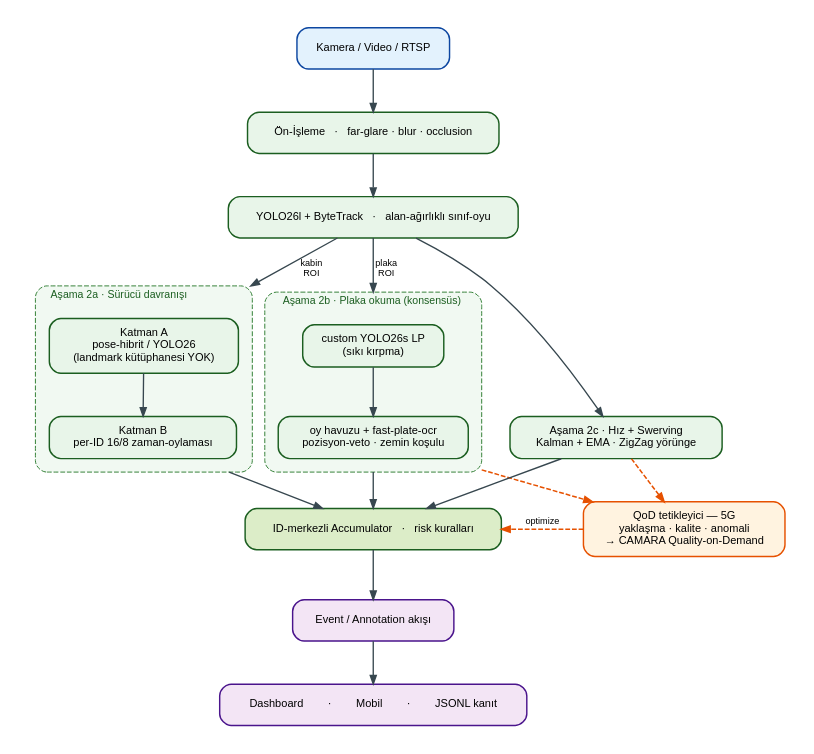
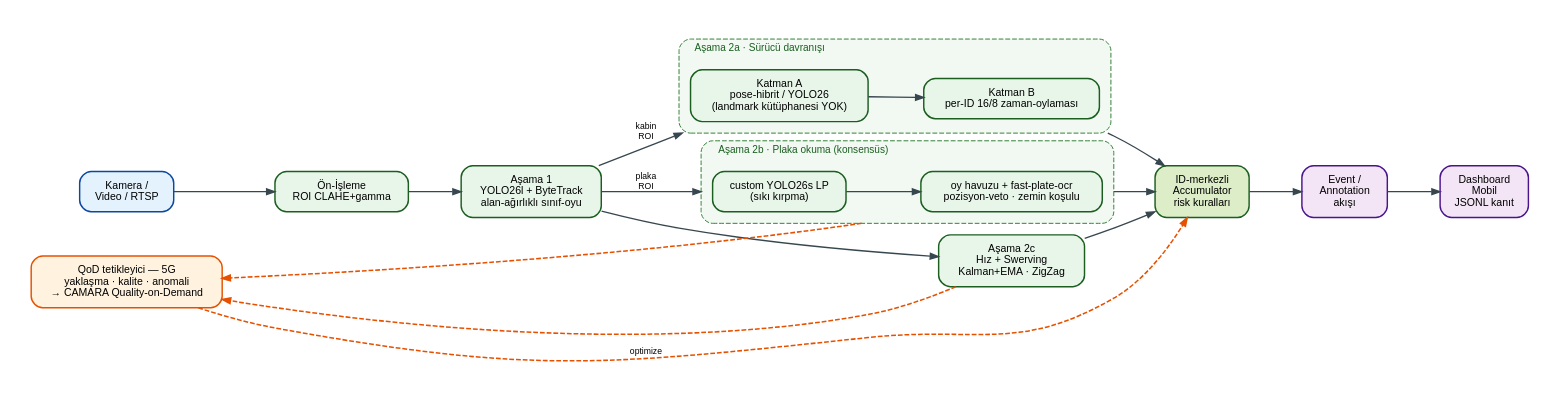
The diagram in docs/diagrams/pipeline_mimari.dot (cleoanka/teknofest-prototip.v2), drawn with Graphviz before and after one commit. The commit also changed 13 other files, not shown here.

First line of the commit message:
docs(ftr): mimari şemasını yatay banner yap + figür yerleşimini iyileştir

```diff
--- a/docs/diagrams/pipeline_mimari.dot
+++ b/docs/diagrams/pipeline_mimari.dot
@@ -1,49 +1,47 @@
-// AURA — FTR §3.2 kuşbakışı mimari (graphviz). Render:
+// AURA — FTR §3.2 kuşbakışı mimari (graphviz, YATAY/LR pipeline). Render:
 //   dot -Tpng -Gdpi=200 docs/diagrams/pipeline_mimari.dot -o docs/figures/fig_mimari.png
 digraph AURA {
-  rankdir=TB; bgcolor="white"; splines=spline; compound=true; pad=0.3;
-  graph [fontname="Helvetica", fontsize=12, ranksep=0.6, nodesep=0.6];
-  node  [fontname="Helvetica", fontsize=11.5, shape=box, style="rounded,filled",
-         penwidth=1.5, margin="0.22,0.13", color="#1b5e20", fillcolor="#e8f5e9", height=0.6];
-  edge  [fontname="Helvetica", fontsize=9.5, color="#37474f", penwidth=1.4, arrowsize=0.9];
+  rankdir=LR; bgcolor="white"; splines=spline; compound=true; pad=0.35;
+  graph [fontname="Helvetica", fontsize=12, ranksep=0.75, nodesep=0.32];
+  node  [fontname="Helvetica", fontsize=11, shape=box, style="rounded,filled",
+         penwidth=1.5, margin="0.20,0.12", color="#1b5e20", fillcolor="#e8f5e9", height=0.5];
+  edge  [fontname="Helvetica", fontsize=9, color="#37474f", penwidth=1.4, arrowsize=0.85];
 
-  CAM [label="Kamera / Video / RTSP", fillcolor="#e3f2fd", color="#0d47a1"];
-  PRE [label="Ön-İşleme   ·   far-glare · blur · occlusion"];
-  DET [label="YOLO26l + ByteTrack   ·   alan-ağırlıklı sınıf-oyu"];
+  CAM [label="Kamera /\nVideo / RTSP", fillcolor="#e3f2fd", color="#0d47a1"];
+  PRE [label="Ön-İşleme\nROI CLAHE+gamma"];
+  DET [label="Aşama 1\nYOLO26l + ByteTrack\nalan-ağırlıklı sınıf-oyu"];
 
   subgraph cluster_drv {
-    label="Aşama 2a · Sürücü davranışı"; labeljust="l"; fontsize=11; fontcolor="#1b5e20";
-    style="rounded,dashed"; color="#2e7d32"; bgcolor="#f1f9f2"; margin=14;
+    label="Aşama 2a · Sürücü davranışı"; labeljust="l"; fontsize=10.5; fontcolor="#1b5e20";
+    style="rounded,dashed"; color="#2e7d32"; bgcolor="#f1f9f2"; margin=12;
     LA [label="Katman A\npose-hibrit / YOLO26\n(landmark kütüphanesi YOK)"];
     LB [label="Katman B\nper-ID 16/8 zaman-oylaması"];
     LA -> LB;
   }
   subgraph cluster_plt {
-    label="Aşama 2b · Plaka okuma (konsensüs)"; labeljust="l"; fontsize=11; fontcolor="#1b5e20";
-    style="rounded,dashed"; color="#2e7d32"; bgcolor="#f1f9f2"; margin=14;
+    label="Aşama 2b · Plaka okuma (konsensüs)"; labeljust="l"; fontsize=10.5; fontcolor="#1b5e20";
+    style="rounded,dashed"; color="#2e7d32"; bgcolor="#f1f9f2"; margin=12;
     LP  [label="custom YOLO26s LP\n(sıkı kırpma)"];
     OCR [label="oy havuzu + fast-plate-ocr\npozisyon-veto · zemin koşulu"];
     LP -> OCR;
   }
-  SPD [label="Aşama 2c · Hız + Swerving\nKalman + EMA · ZigZag yörünge"];
+  SPD [label="Aşama 2c\nHız + Swerving\nKalman+EMA · ZigZag"];
 
-  ACC  [label="ID-merkezli Accumulator   ·   risk kuralları", fillcolor="#dcedc8", color="#1b5e20"];
-  OUT  [label="Event / Annotation akışı", fillcolor="#f3e5f5", color="#4a148c"];
-  SINK [label="Dashboard        ·        Mobil        ·        JSONL kanıt", fillcolor="#f3e5f5", color="#4a148c"];
+  ACC  [label="ID-merkezli\nAccumulator\nrisk kuralları", fillcolor="#dcedc8", color="#1b5e20"];
+  OUT  [label="Event /\nAnnotation\nakışı", fillcolor="#f3e5f5", color="#4a148c"];
+  SINK [label="Dashboard\nMobil\nJSONL kanıt", fillcolor="#f3e5f5", color="#4a148c"];
   QOD  [label="QoD tetikleyici — 5G\nyaklaşma · kalite · anomali\n→ CAMARA Quality-on-Demand", fillcolor="#fff3e0", color="#e65100"];
 
   CAM -> PRE -> DET;
   DET -> LA  [lhead=cluster_drv, label="kabin\nROI"];
   DET -> LP  [lhead=cluster_plt, label="plaka\nROI"];
   DET -> SPD;
   LB  -> ACC [ltail=cluster_drv];
   OCR -> ACC [ltail=cluster_plt];
   SPD -> ACC;
   ACC -> OUT -> SINK;
 
   OCR -> QOD [style=dashed, color="#e65100", penwidth=1.6, ltail=cluster_plt, constraint=false];
   SPD -> QOD [style=dashed, color="#e65100", penwidth=1.6, constraint=false];
   QOD -> ACC [style=dashed, color="#e65100", penwidth=1.6, constraint=false, label="optimize"];
-
-  { rank=same; ACC; QOD; }
 }
```
